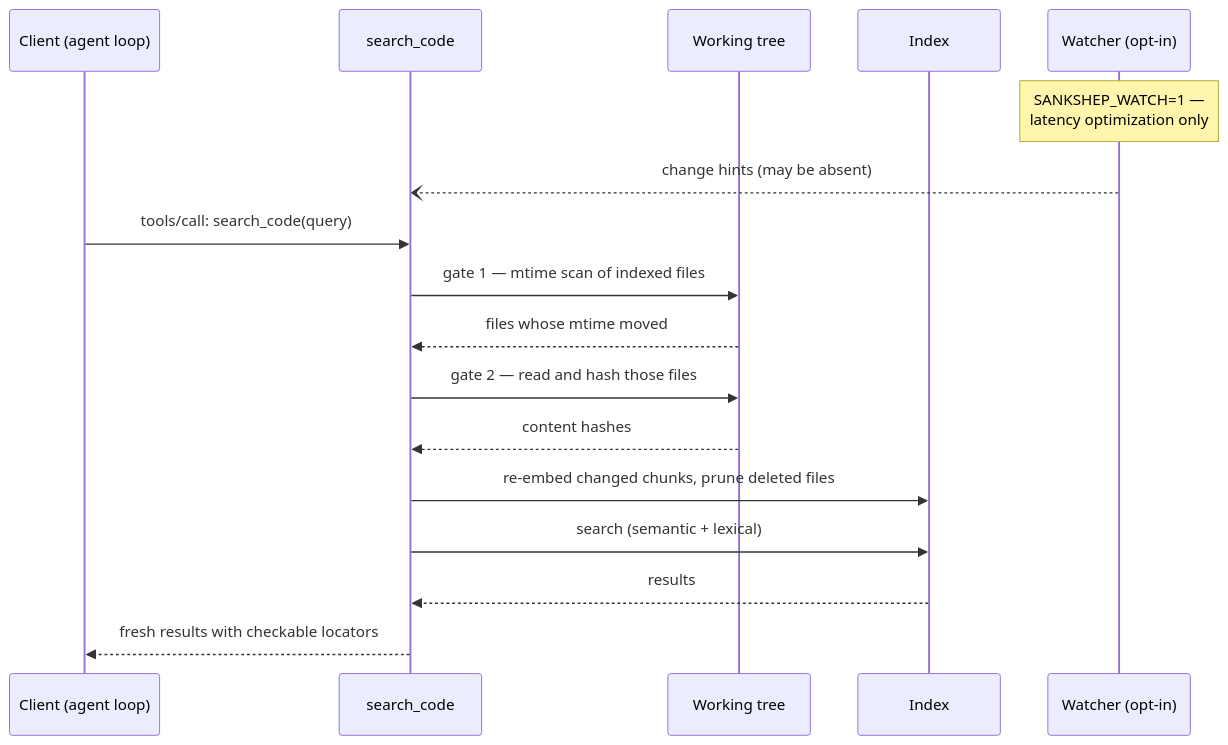
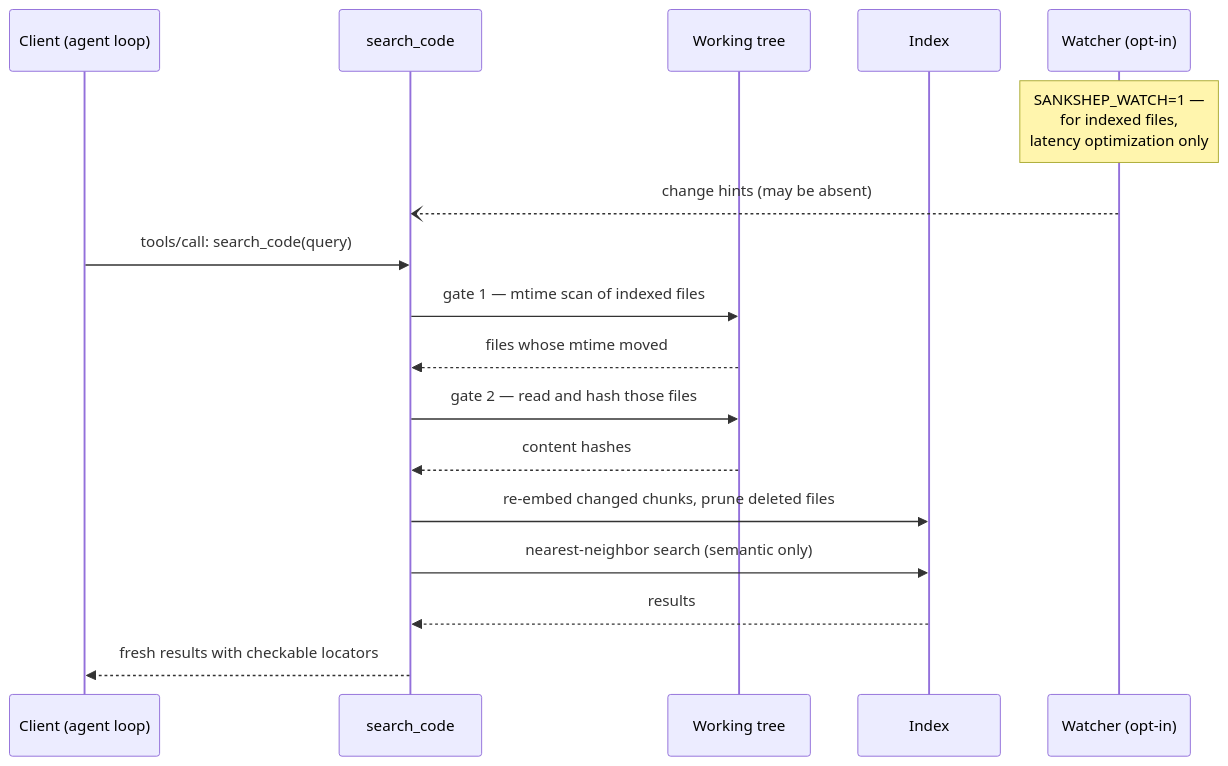
One commit to nitinpawar28/AI-learn changed the diagram in docs/part5-capstone/case-verify-on-read.md. Above: the diagram before and after it, drawn with Mermaid. The commit also changed other lines of this file and 8 other files, not shown here.

````diff
--- a/docs/part5-capstone/case-verify-on-read.md
+++ b/docs/part5-capstone/case-verify-on-read.md
@@ -50,19 +50,19 @@
 ```mermaid
 sequenceDiagram
     participant C as Client (agent loop)
     participant T as search_code
     participant W as Working tree
     participant I as Index
     participant FW as Watcher (opt-in)
-    Note over FW: SANKSHEP_WATCH=1 —<br/>latency optimization only
+    Note over FW: SANKSHEP_WATCH=1 —<br/>for indexed files,<br/>latency optimization only
     FW--)T: change hints (may be absent)
     C->>T: tools/call: search_code(query)
     T->>W: gate 1 — mtime scan of indexed files
     W-->>T: files whose mtime moved
     T->>W: gate 2 — read and hash those files
     W-->>T: content hashes
     T->>I: re-embed changed chunks, prune deleted files
-    T->>I: search (semantic + lexical)
+    T->>I: nearest-neighbor search (semantic only)
     I-->>T: results
     T-->>C: fresh results with checkable locators
 ```
````
